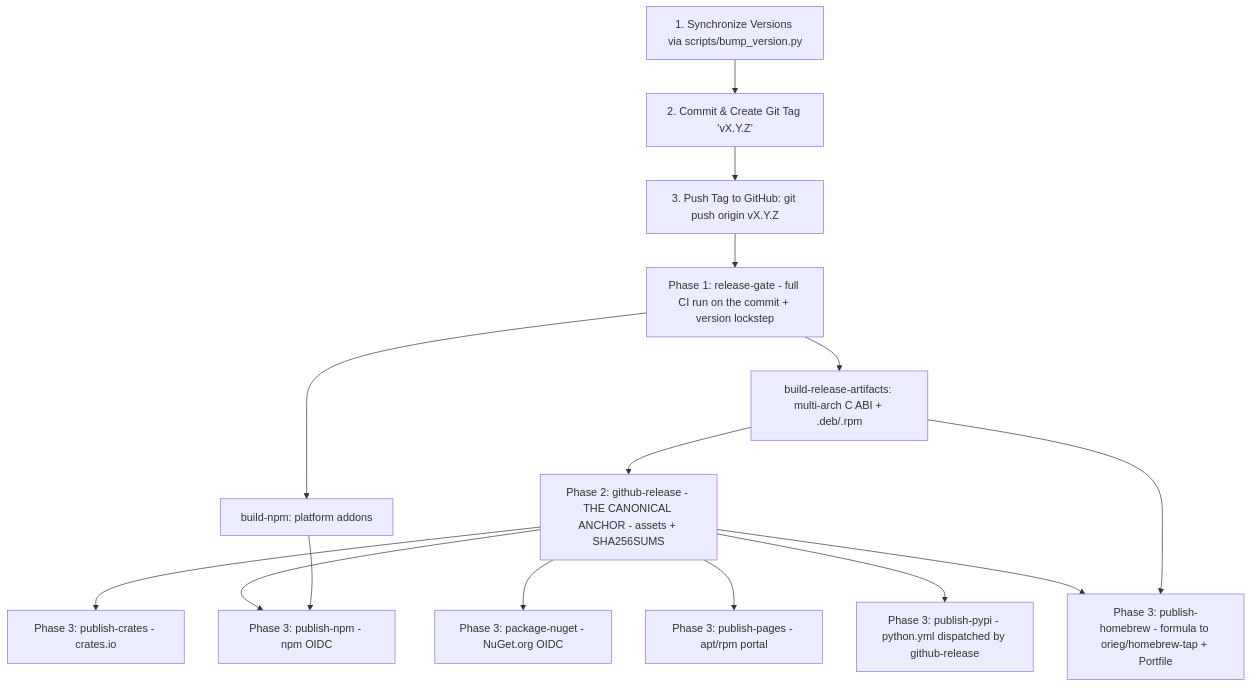
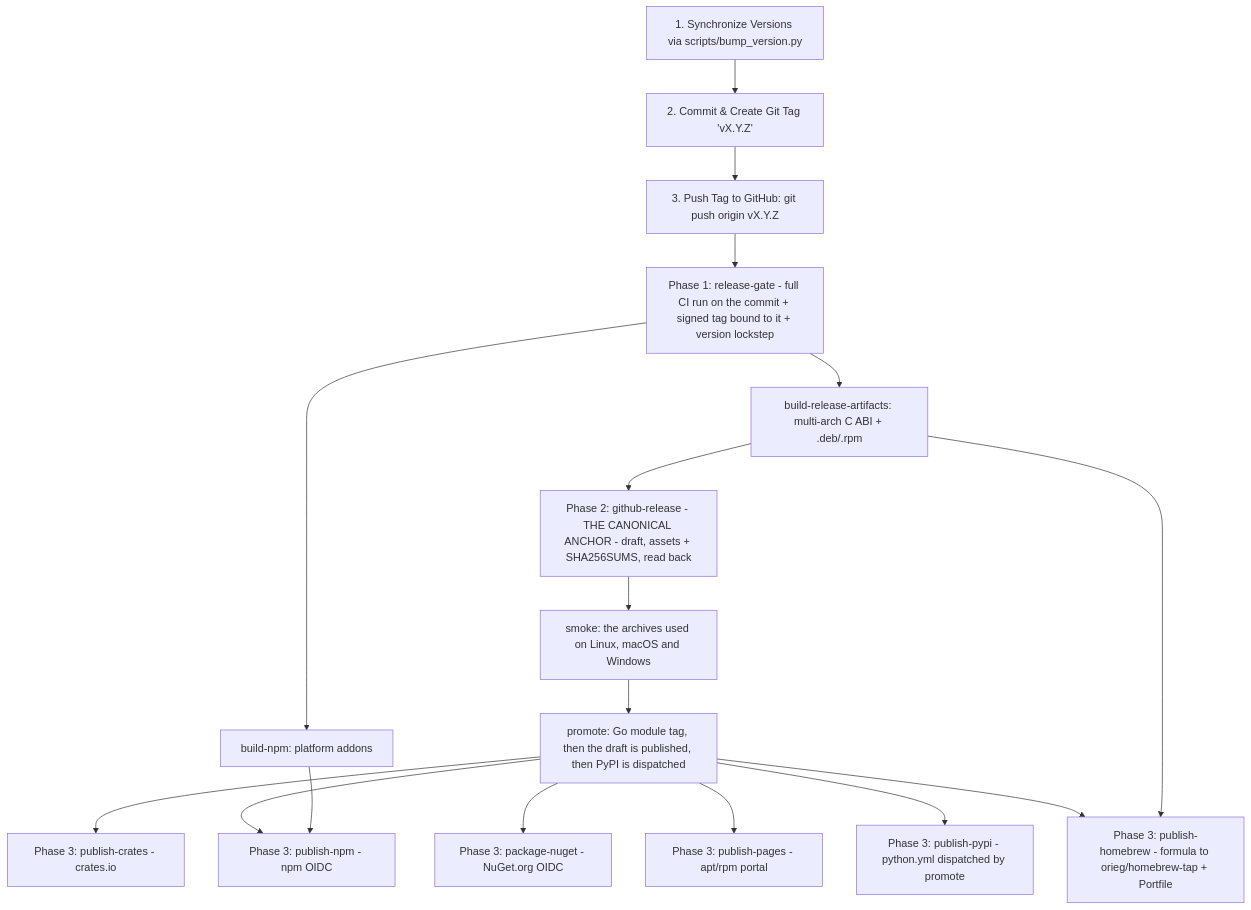
The diagram in docs/PACKAGING.md (orieg/expanse), drawn with Mermaid before and after one commit. The commit also changed other lines of this file and 4 other files, not shown here.

First line of the commit message:
ci(release): a manual run cannot publish, the signature is bound to the built commit, and the linter compares conditions exactly (Refs #1372) (#1415)

````diff
--- a/docs/PACKAGING.md
+++ b/docs/PACKAGING.md
@@ -16,19 +16,21 @@
 ```mermaid
 graph TD
     A[1. Synchronize Versions via scripts/bump_version.py] --> C[2. Commit & Create Git Tag 'vX.Y.Z']
     C --> D[3. Push Tag to GitHub: git push origin vX.Y.Z]
-    D --> E[Phase 1: release-gate - full CI run on the commit + version lockstep]
+    D --> E[Phase 1: release-gate - full CI run on the commit + signed tag bound to it + version lockstep]
 
     E --> F[build-release-artifacts: multi-arch C ABI + .deb/.rpm]
     E --> G[build-npm: platform addons]
-    F --> H[Phase 2: github-release - THE CANONICAL ANCHOR - assets + SHA256SUMS]
+    F --> H[Phase 2: github-release - THE CANONICAL ANCHOR - draft, assets + SHA256SUMS, read back]
+    H --> S[smoke: the archives used on Linux, macOS and Windows]
+    S --> P[promote: Go module tag, then the draft is published, then PyPI is dispatched]
 
-    H --> I[Phase 3: publish-crates - crates.io]
-    H --> J[Phase 3: publish-npm - npm OIDC]
-    H --> K[Phase 3: package-nuget - NuGet.org OIDC]
-    H --> L[Phase 3: publish-pages - apt/rpm portal]
-    H --> M[Phase 3: publish-pypi - python.yml dispatched by github-release]
-    H --> N[Phase 3: publish-homebrew - formula to orieg/homebrew-tap + Portfile]
+    P --> I[Phase 3: publish-crates - crates.io]
+    P --> J[Phase 3: publish-npm - npm OIDC]
+    P --> K[Phase 3: package-nuget - NuGet.org OIDC]
+    P --> L[Phase 3: publish-pages - apt/rpm portal]
+    P --> M[Phase 3: publish-pypi - python.yml dispatched by promote]
+    P --> N[Phase 3: publish-homebrew - formula to orieg/homebrew-tap + Portfile]
     F --> N
     G --> J
 ```
````
